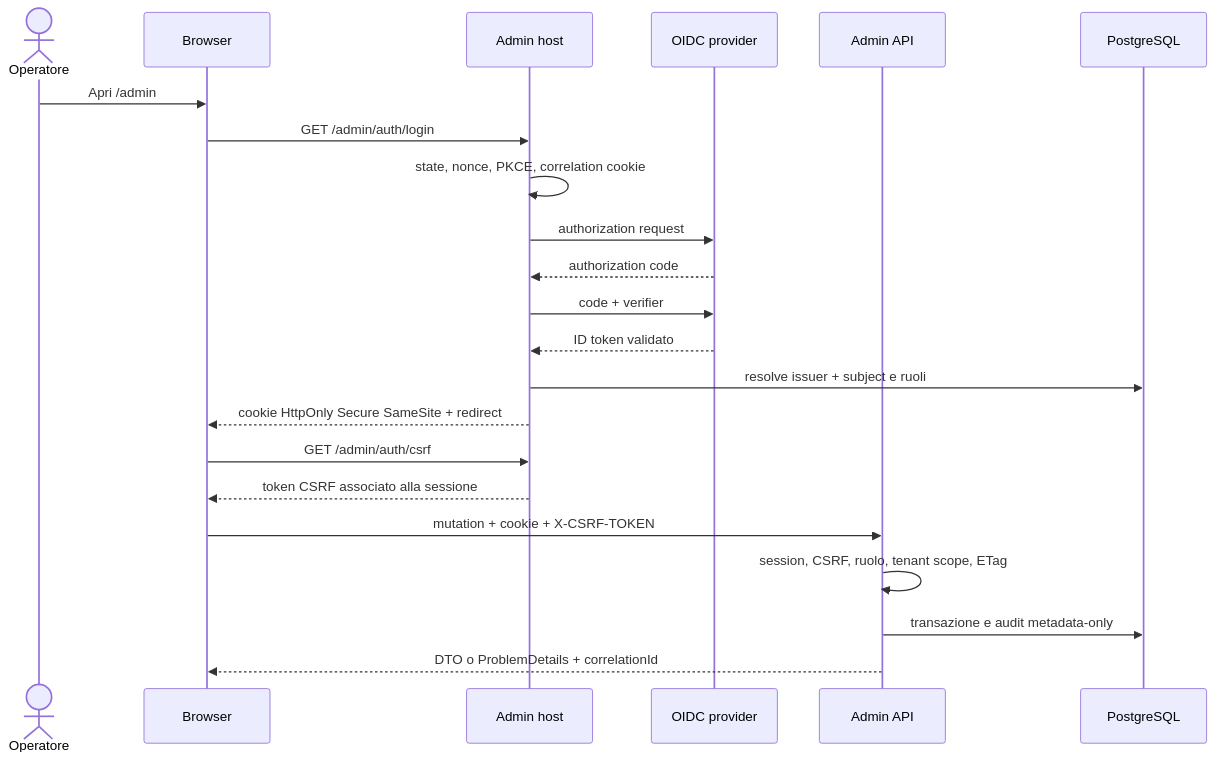
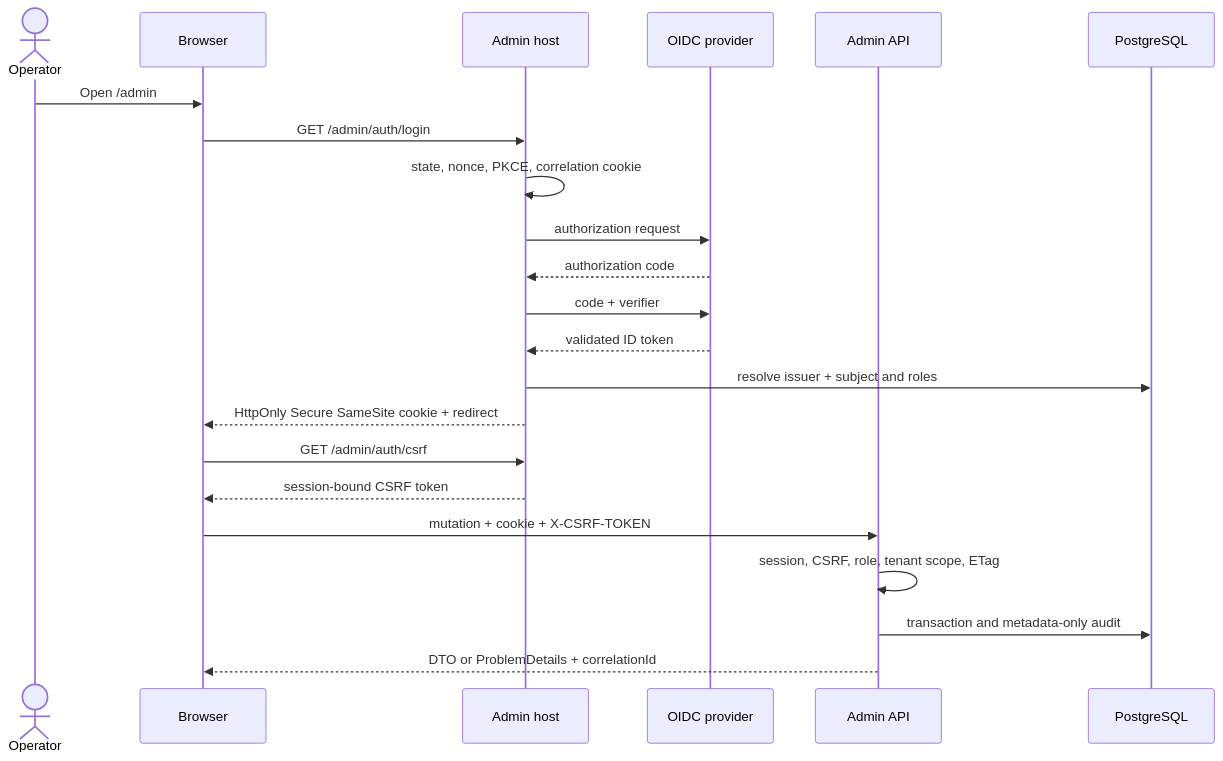
One commit to marcobiz/secure-integration-platform changed the third of 5 diagrams in docs/architecture/m5-admin-ui-and-provider-boundaries.md. Above: the diagram before and after it, drawn with Mermaid. The commit also changed other lines of this file and 102 other files, not shown here.

````diff
--- a/docs/architecture/m5-admin-ui-and-provider-boundaries.md
+++ b/docs/architecture/m5-admin-ui-and-provider-boundaries.md
@@ -51,24 +51,24 @@
 ```mermaid
 sequenceDiagram
-  actor U as Operatore
+  actor U as Operator
   participant B as Browser
   participant H as Admin host
   participant O as OIDC provider
   participant A as Admin API
   participant D as PostgreSQL
-  U->>B: Apri /admin
+  U->>B: Open /admin
   B->>H: GET /admin/auth/login
   H->>H: state, nonce, PKCE, correlation cookie
   H->>O: authorization request
   O-->>H: authorization code
   H->>O: code + verifier
-  O-->>H: ID token validato
-  H->>D: resolve issuer + subject e ruoli
-  H-->>B: cookie HttpOnly Secure SameSite + redirect
+  O-->>H: validated ID token
+  H->>D: resolve issuer + subject and roles
+  H-->>B: HttpOnly Secure SameSite cookie + redirect
   B->>H: GET /admin/auth/csrf
-  H-->>B: token CSRF associato alla sessione
+  H-->>B: session-bound CSRF token
   B->>A: mutation + cookie + X-CSRF-TOKEN
-  A->>A: session, CSRF, ruolo, tenant scope, ETag
-  A->>D: transazione e audit metadata-only
-  A-->>B: DTO o ProblemDetails + correlationId
+  A->>A: session, CSRF, role, tenant scope, ETag
+  A->>D: transaction and metadata-only audit
+  A-->>B: DTO or ProblemDetails + correlationId
 ```
````
